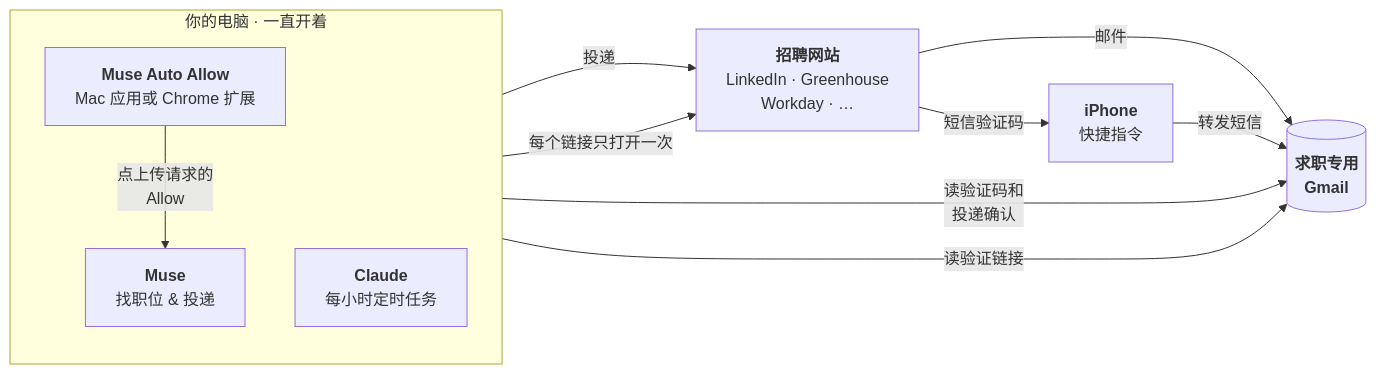
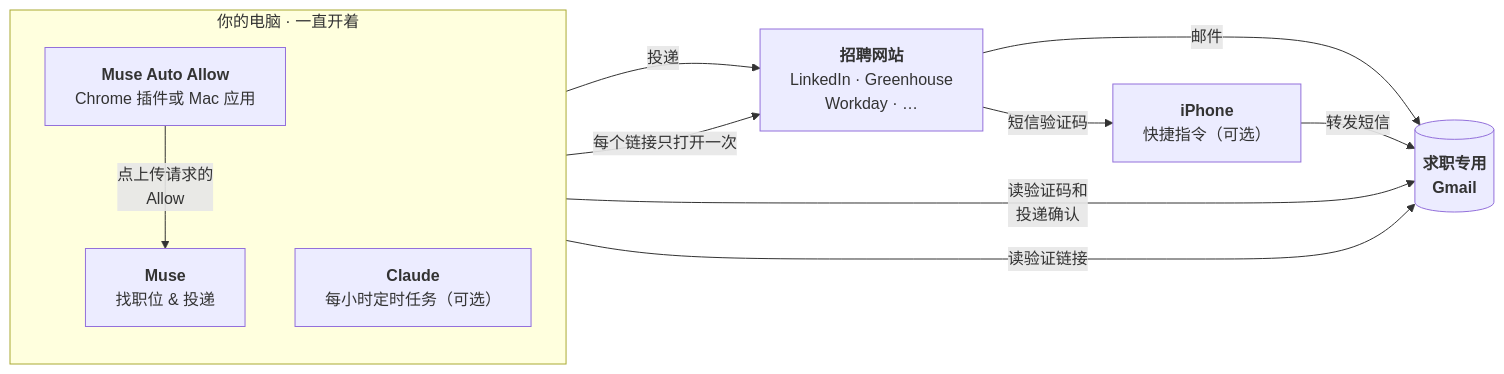
One commit to Dark417/muse-auto-job-apply changed the diagram in README.md. Above: the diagram before and after it, drawn with Mermaid. The commit also changed other lines of this file and 4 other files, not shown here.

````diff
--- a/README.md
+++ b/README.md
@@ -37,22 +165,22 @@
 ```mermaid
 flowchart LR
     subgraph MAC["你的电脑 · 一直开着"]
         direction TB
-        Allow["<b>Muse Auto Allow</b><br/>Mac 应用或 Chrome 扩展"]
+        Allow["<b>Muse Auto Allow</b><br/>Chrome 插件或 Mac 应用"]
         Muse["<b>Muse</b><br/>找职位 &amp; 投递"]
-        Claude["<b>Claude</b><br/>每小时定时任务"]
+        Claude["<b>Claude</b><br/>每小时定时任务（可选）"]
         Allow -- "点上传请求的<br/>Allow" --> Muse
     end
 
     Jobs["<b>招聘网站</b><br/>LinkedIn · Greenhouse<br/>Workday · …"]
-    Phone["<b>iPhone</b><br/>快捷指令"]
+    Phone["<b>iPhone</b><br/>快捷指令（可选）"]
     Gmail[("<b>求职专用<br/>Gmail</b>")]
 
     Muse -- "投递" --> Jobs
     Muse -- "读验证码和<br/>投递确认" --> Gmail
     Claude -- "读验证链接" --> Gmail
     Claude -- "每个链接只打开一次" --> Jobs
     Jobs -- "邮件" --> Gmail
     Jobs -- "短信验证码" --> Phone
     Phone -- "转发短信" --> Gmail
 ```
````
